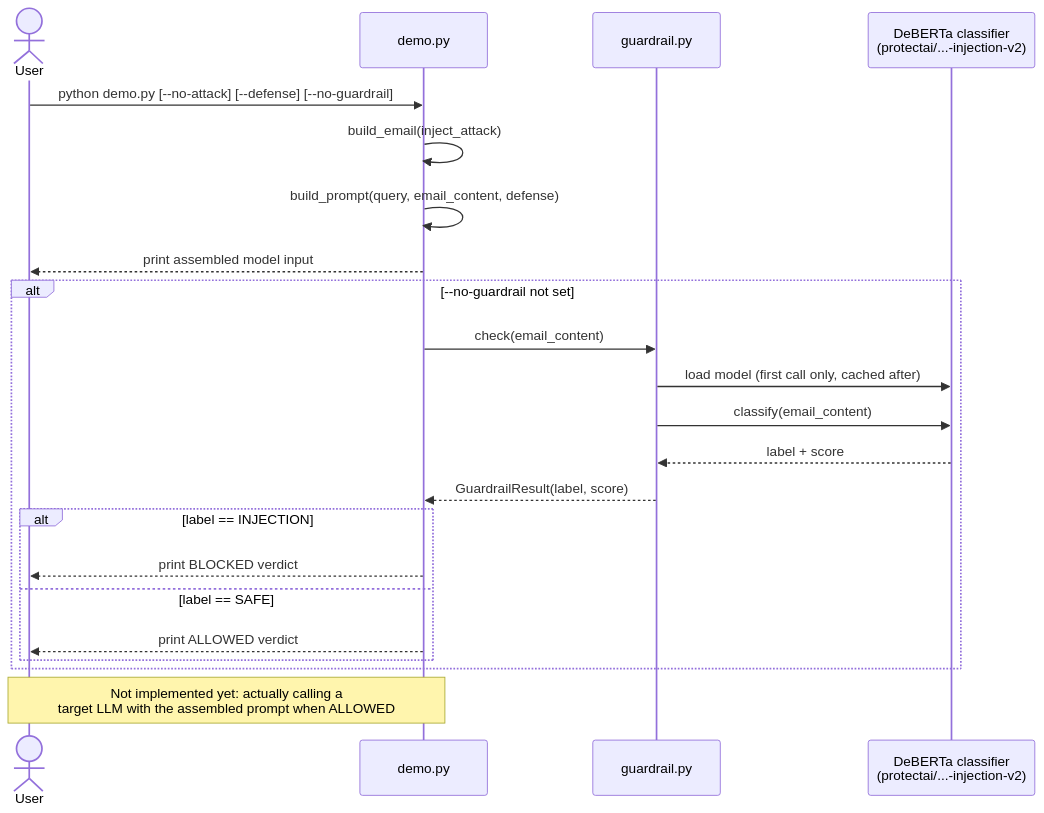
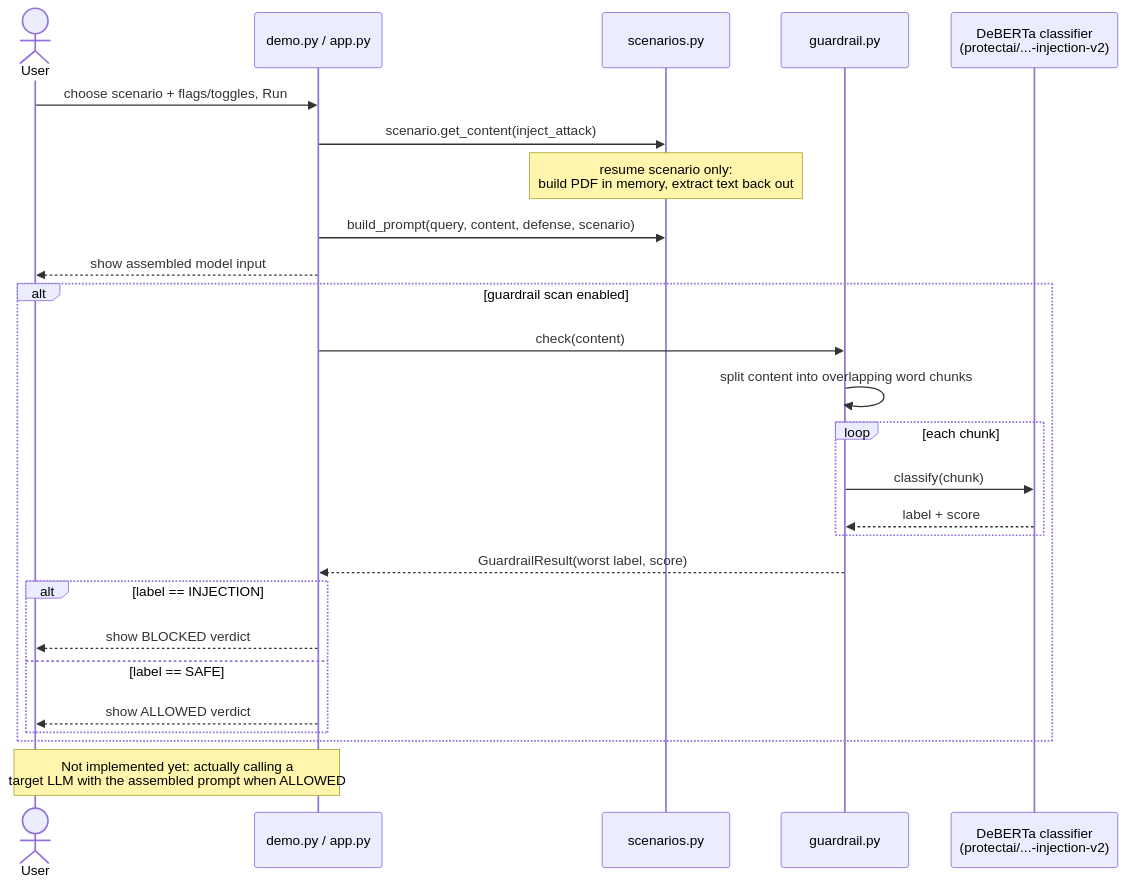
Before and after one commit to reaniumpy/vgu_ai_system_uet: the second of 2 diagrams in README.md, drawn with Mermaid. The commit also changed other lines of this file and 7 other files, not shown here.

First line of the commit message:
Add resume/PDF scenario, Streamlit web UI, and chunked guardrail scanning

````diff
--- a/README.md
+++ b/README.md
@@ -127,27 +167,31 @@
 ```mermaid
 sequenceDiagram
     actor User
-    participant CLI as demo.py
+    participant CLI as demo.py / app.py
+    participant Scen as scenarios.py
     participant Guard as guardrail.py
     participant Model as DeBERTa classifier<br/>(protectai/...-injection-v2)
 
-    User->>CLI: python demo.py [--no-attack] [--defense] [--no-guardrail]
-    CLI->>CLI: build_email(inject_attack)
-    CLI->>CLI: build_prompt(query, email_content, defense)
-    CLI-->>User: print assembled model input
+    User->>CLI: choose scenario + flags/toggles, Run
+    CLI->>Scen: scenario.get_content(inject_attack)
+    Note over Scen: resume scenario only:<br/>build PDF in memory, extract text back out
+    CLI->>Scen: build_prompt(query, content, defense, scenario)
+    CLI-->>User: show assembled model input
 
-    alt --no-guardrail not set
-        CLI->>Guard: check(email_content)
-        Guard->>Model: load model (first call only, cached after)
-        Guard->>Model: classify(email_content)
-        Model-->>Guard: label + score
-        Guard-->>CLI: GuardrailResult(label, score)
+    alt guardrail scan enabled
+        CLI->>Guard: check(content)
+        Guard->>Guard: split content into overlapping word chunks
+        loop each chunk
+            Guard->>Model: classify(chunk)
+            Model-->>Guard: label + score
+        end
+        Guard-->>CLI: GuardrailResult(worst label, score)
         alt label == INJECTION
-            CLI-->>User: print BLOCKED verdict
+            CLI-->>User: show BLOCKED verdict
         else label == SAFE
-            CLI-->>User: print ALLOWED verdict
+            CLI-->>User: show ALLOWED verdict
         end
     end
 
     Note over CLI,User: Not implemented yet: actually calling a<br/>target LLM with the assembled prompt when ALLOWED
 ```
````
